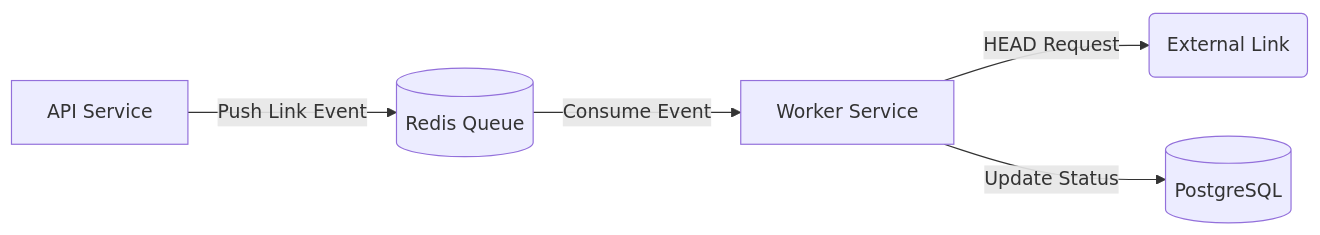
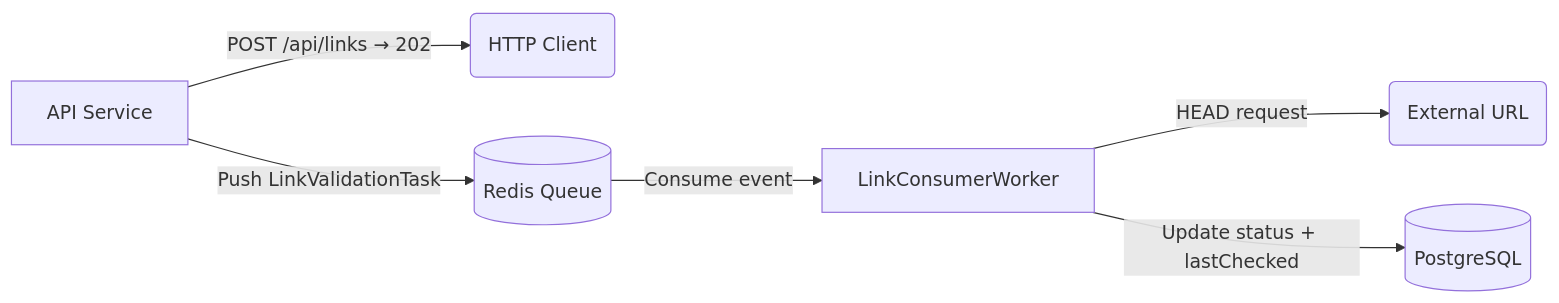
The second of 2 diagrams in MD Files/Architecture.md (imiann/Vantage), drawn with Mermaid before and after one commit. The commit also changed other lines of this file and 1 other file, not shown here.

Commit message:
fix: Change plan and architecture to reflect actual database schemas

````diff
--- a/MD Files/Architecture.md
+++ b/MD Files/Architecture.md
@@ -29,7 +225,8 @@
 ```mermaid
 graph LR
-    API[API Service] -->|Push Link Event| Redis[(Redis Queue)]
-    Redis -->|Consume Event| Worker[Worker Service]
-    Worker -->|HEAD Request| Internet(External Link)
-    Worker -->|Update Status| DB[(PostgreSQL)]
+    API[API Service] -->|POST /api/links → 202| Client(HTTP Client)
+    API -->|Push LinkValidationTask| Redis[(Redis Queue)]
+    Redis -->|Consume event| Worker[LinkConsumerWorker]
+    Worker -->|HEAD request| Internet(External URL)
+    Worker -->|Update status + lastChecked| DB[(PostgreSQL)]
 ```
````
